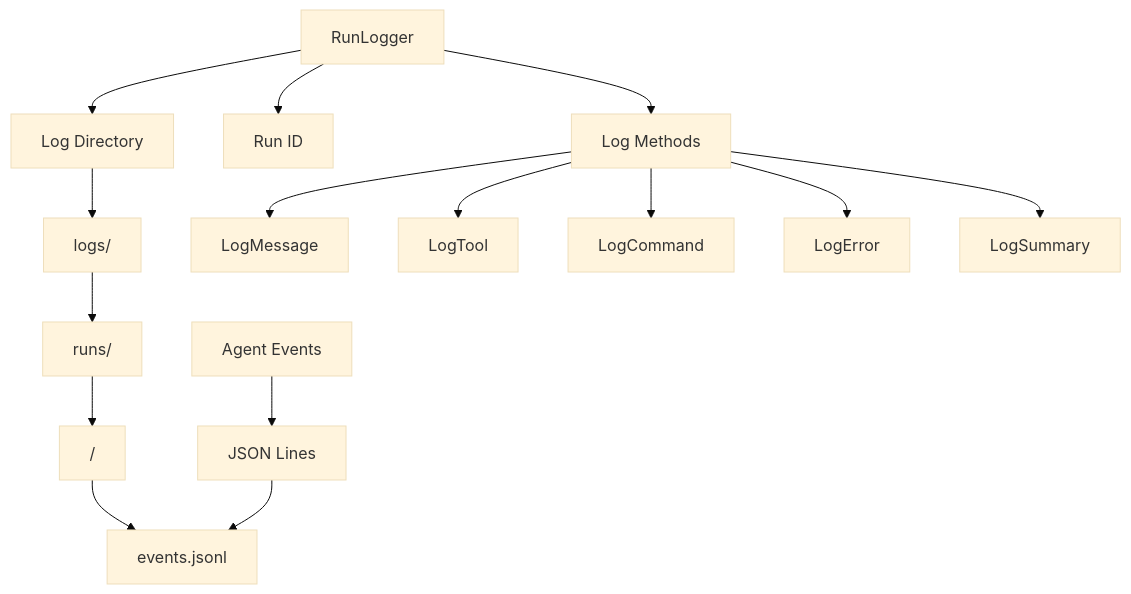
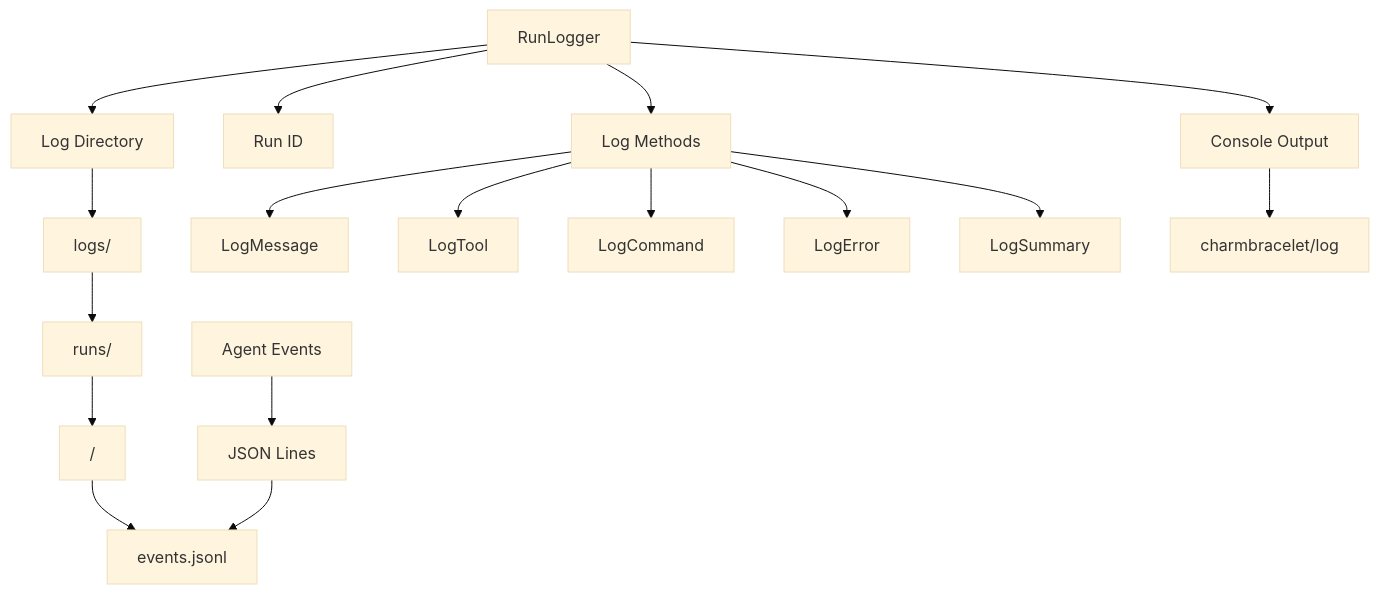
Diagram 15 of 19 in ARCHITECTURE.md (nibzard/looper-go), drawn with Mermaid (base theme) before and after one commit. The commit also changed other lines of this file and 1 other file, not shown here.

First line of the commit message:
docs: update documentation for modular architecture and parser system

````diff
--- a/ARCHITECTURE.md
+++ b/ARCHITECTURE.md
@@ -565,20 +642,23 @@
 ```mermaid
 graph TD
     A[RunLogger] --> B[Log Directory]
     A --> C[Run ID]
 
     B --> D[logs/]
     D --> E[runs/]
     E --> F[<run-id>/]
     F --> G[events.jsonl]
 
     J[Agent Events] --> K[JSON Lines]
     K --> G
 
     A --> L[Log Methods]
     L --> M[LogMessage]
     L --> N[LogTool]
     L --> O[LogCommand]
     L --> P[LogError]
     L --> Q[LogSummary]
+
+    A --> R[Console Output]
+    R --> S[charmbracelet/log]
 ```
````
